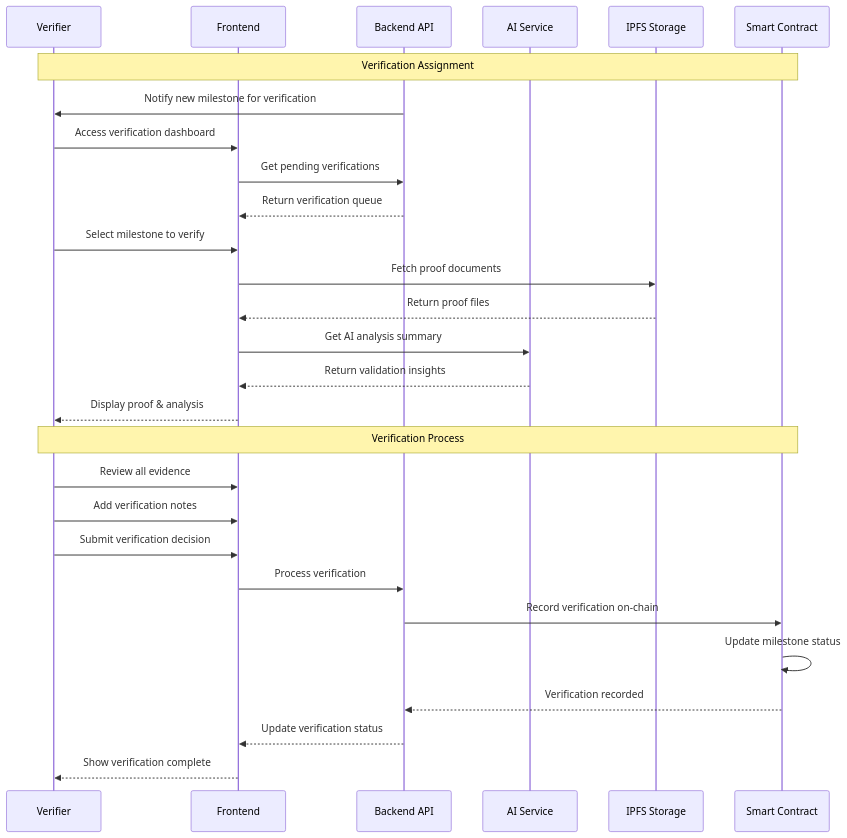
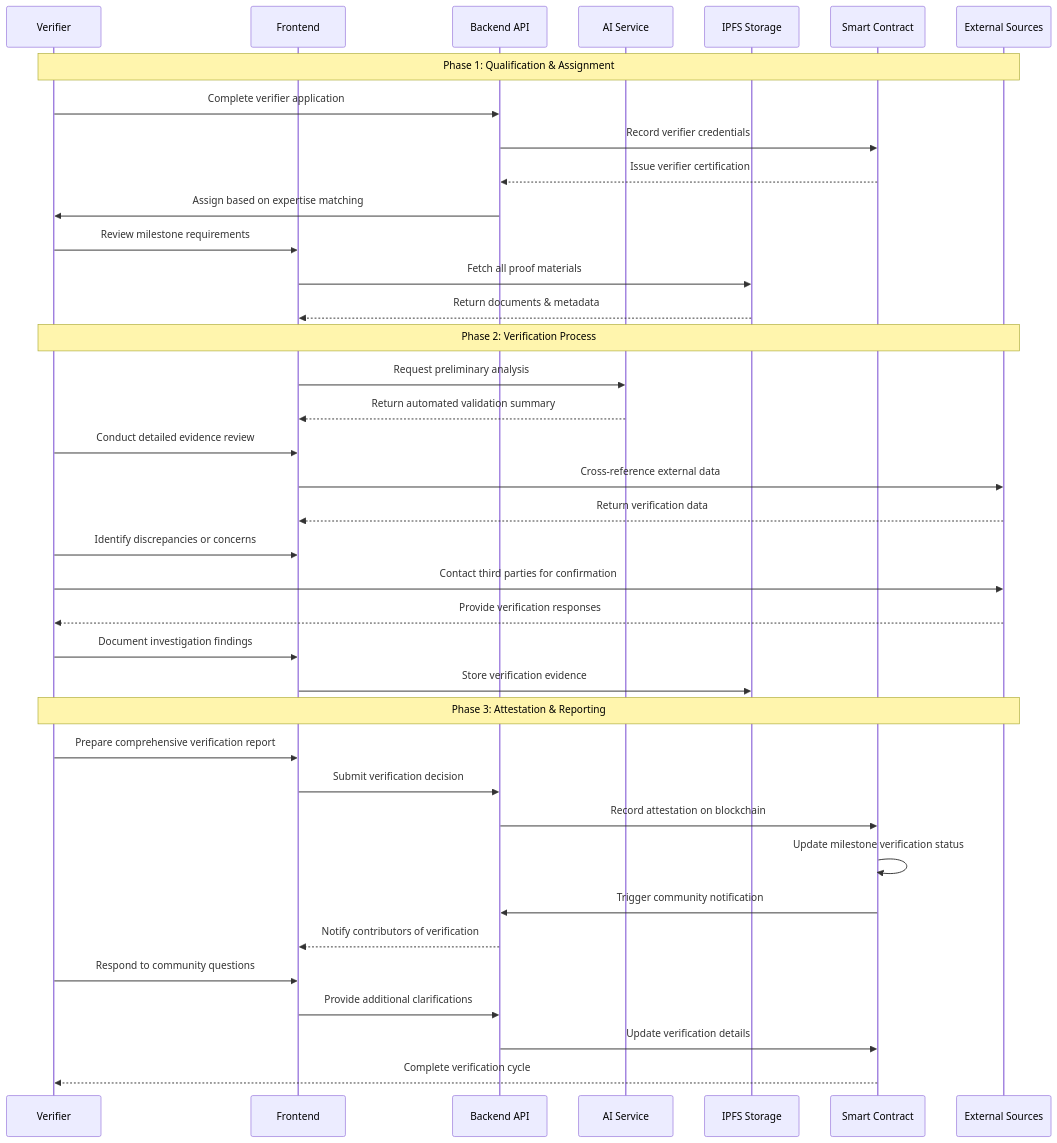
Before and after one commit to UPool-Fun/UPool: the eighth of 11 diagrams in README.md, drawn with Mermaid. The commit also changed other lines of this file and 4 other files, not shown here.

````diff
--- a/README.md
+++ b/README.md
@@ -310,33 +372,45 @@
 ```mermaid
 sequenceDiagram
     participant V as Verifier
     participant UI as Frontend
     participant API as Backend API
     participant AI as AI Service
     participant IPFS as IPFS Storage
     participant SC as Smart Contract
+    participant EXTERNAL as External Sources
     
-    Note over V,SC: Verification Assignment
-    API->>V: Notify new milestone for verification
-    V->>UI: Access verification dashboard
-    UI->>API: Get pending verifications
-    API-->>UI: Return verification queue
-    V->>UI: Select milestone to verify
+    Note over V,EXTERNAL: Phase 1: Qualification & Assignment
+    V->>API: Complete verifier application
+    API->>SC: Record verifier credentials
+    SC-->>API: Issue verifier certification
+    API->>V: Assign based on expertise matching
+    V->>UI: Review milestone requirements
+    UI->>IPFS: Fetch all proof materials
+    IPFS-->>UI: Return documents & metadata
     
-    UI->>IPFS: Fetch proof documents
-    IPFS-->>UI: Return proof files
-    UI->>AI: Get AI analysis summary
-    AI-->>UI: Return validation insights
-    UI-->>V: Display proof & analysis
+    Note over V,EXTERNAL: Phase 2: Verification Process
+    UI->>AI: Request preliminary analysis
+    AI-->>UI: Return automated validation summary
+    V->>UI: Conduct detailed evidence review
+    UI->>EXTERNAL: Cross-reference external data
+    EXTERNAL-->>UI: Return verification data
+    V->>UI: Identify discrepancies or concerns
     
-    Note over V,SC: Verification Process
-    V->>UI: Review all evidence
-    V->>UI: Add verification notes
-    V->>UI: Submit verification decision
-    UI->>API: Process verification
-    API->>SC: Record verification on-chain
-    SC->>SC: Update milestone status
-    SC-->>API: Verification recorded
-    API-->>UI: Update verification status
-    UI-->>V: Show verification complete
+    V->>EXTERNAL: Contact third parties for confirmation
+    EXTERNAL-->>V: Provide verification responses
+    V->>UI: Document investigation findings
+    UI->>IPFS: Store verification evidence
+    
+    Note over V,EXTERNAL: Phase 3: Attestation & Reporting
+    V->>UI: Prepare comprehensive verification report
+    UI->>API: Submit verification decision
+    API->>SC: Record attestation on blockchain
+    SC->>SC: Update milestone verification status
+    SC->>API: Trigger community notification
+    API-->>UI: Notify contributors of verification
+    
+    V->>UI: Respond to community questions
+    UI->>API: Provide additional clarifications
+    API->>SC: Update verification details
+    SC-->>V: Complete verification cycle
 ```
````
